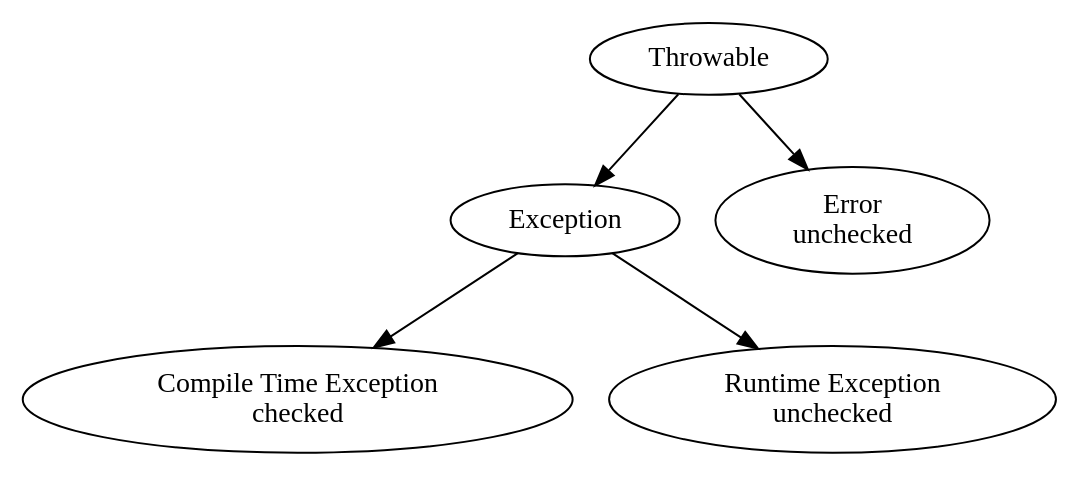
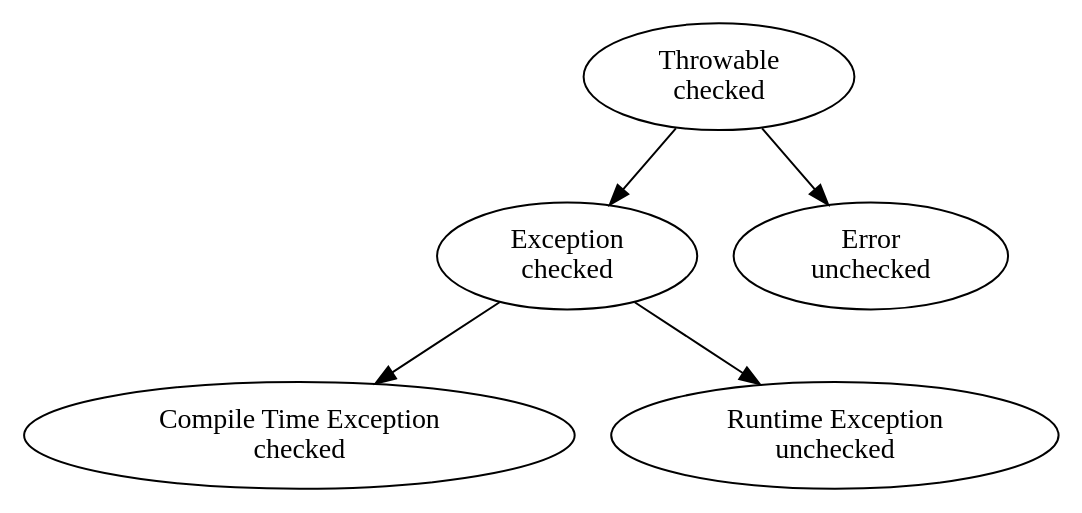
The diagram in module1/src/main/java/net/broscorp/exceptions/Exceptions.gv (Broscorp-net/traineeship), drawn with Graphviz before and after one commit.

Commit message:
add categories to Throwable and Exception class

```diff
--- a/module1/src/main/java/net/broscorp/exceptions/Exceptions.gv
+++ b/module1/src/main/java/net/broscorp/exceptions/Exceptions.gv
@@ -1,13 +1,13 @@
 digraph Exceptions{
 
-  throwable [label = "Throwable"];
-  exception [label = "Exception"];
+  throwable [label = "Throwable \n checked"];
+  exception [label = "Exception \n checked"];
   compileExc [label = "Compile Time Exception \n checked"];
   runtimeExc [label = "Runtime Exception \n unchecked"];
   error [label = "Error \n unchecked"];
 
   throwable -> exception;
   throwable -> error;
   exception -> runtimeExc;
   exception -> compileExc;
 }
```
